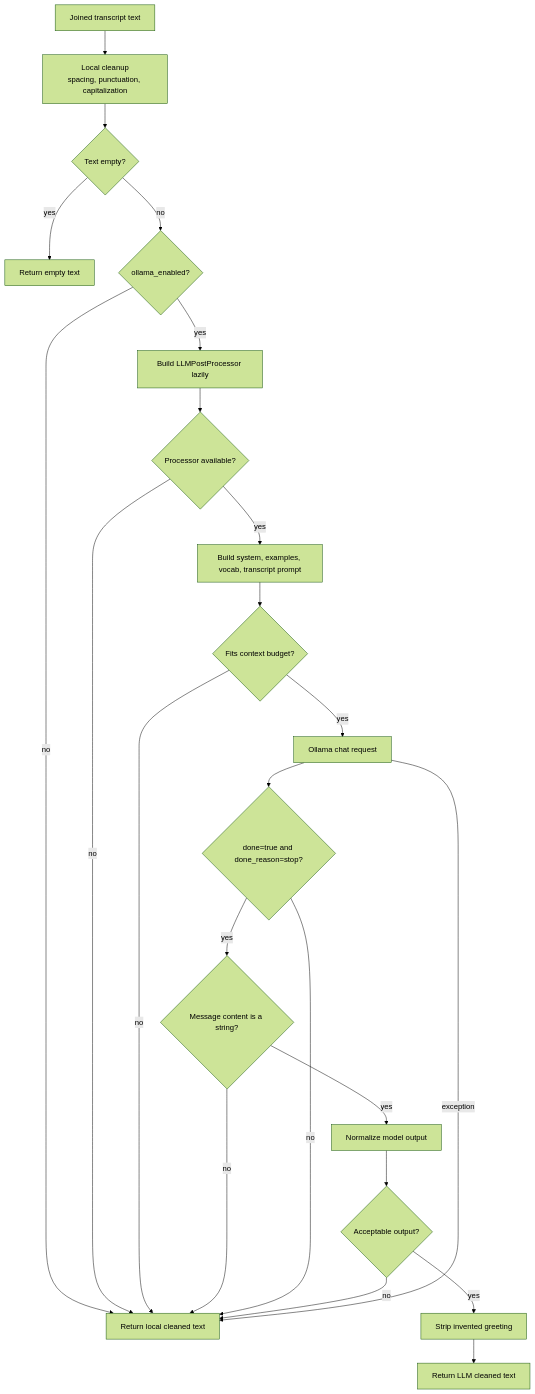
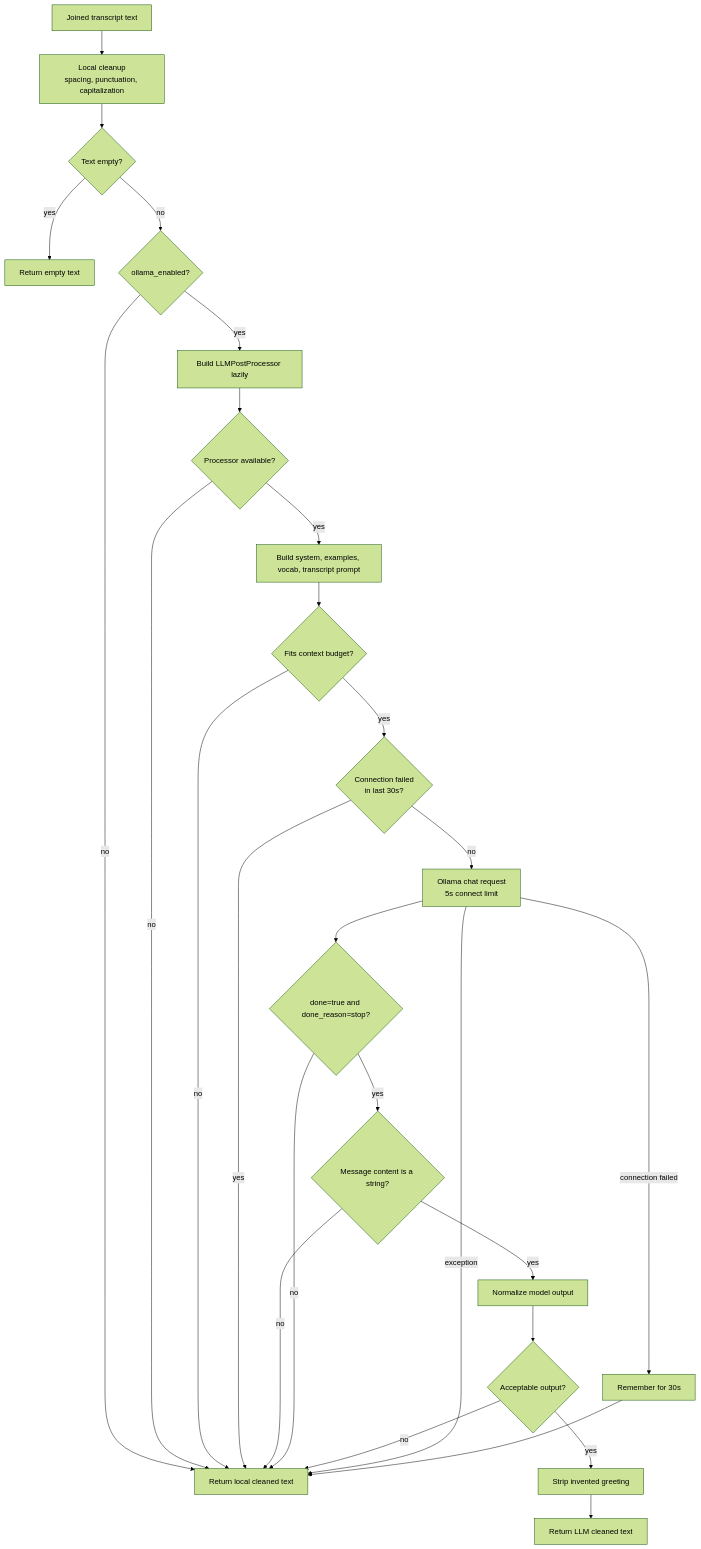
The third of 3 diagrams in docs/transcription-and-cleanup.md (laceyp99/murmur), drawn with Mermaid (forest theme) before and after one commit. The commit also changed other lines of this file and 8 other files, not shown here.

First line of the commit message:
fix(ollama): cap connect at 5s and skip cleanup briefly after a failed connection

````diff
--- a/docs/transcription-and-cleanup.md
+++ b/docs/transcription-and-cleanup.md
@@ -92,25 +103,28 @@
 ```mermaid
 flowchart TB
     RawText["Joined transcript text"] --> LocalCleanup["Local cleanup<br/>spacing, punctuation, capitalization"]
     LocalCleanup --> Empty{"Text empty?"}
     Empty -->|yes| ReturnEmpty["Return empty text"]
     Empty -->|no| Enabled{"ollama_enabled?"}
     Enabled -->|no| ReturnLocal["Return local cleaned text"]
     Enabled -->|yes| BuildProcessor["Build LLMPostProcessor lazily"]
     BuildProcessor --> Available{"Processor available?"}
     Available -->|no| ReturnLocal
     Available -->|yes| BuildMessages["Build system, examples, vocab, transcript prompt"]
     BuildMessages --> Budget{"Fits context budget?"}
     Budget -->|no| ReturnLocal
-    Budget -->|yes| Ollama["Ollama chat request"]
+    Budget -->|yes| Recent{"Connection failed<br/>in last 30s?"}
+    Recent -->|yes| ReturnLocal
+    Recent -->|no| Ollama["Ollama chat request<br/>5s connect limit"]
     Ollama --> Completion{"done=true and done_reason=stop?"}
     Completion -->|yes| Content{"Message content is a string?"}
     Content -->|yes| Normalize["Normalize model output"]
     Content -->|no| ReturnLocal
     Completion -->|no| ReturnLocal
     Normalize --> Gate{"Acceptable output?"}
     Gate -->|yes| Greeting["Strip invented greeting"]
     Greeting --> ReturnLLM["Return LLM cleaned text"]
     Gate -->|no| ReturnLocal
     Ollama -->|exception| ReturnLocal
+    Ollama -->|connection failed| Remember["Remember for 30s"] --> ReturnLocal
 ```
````
